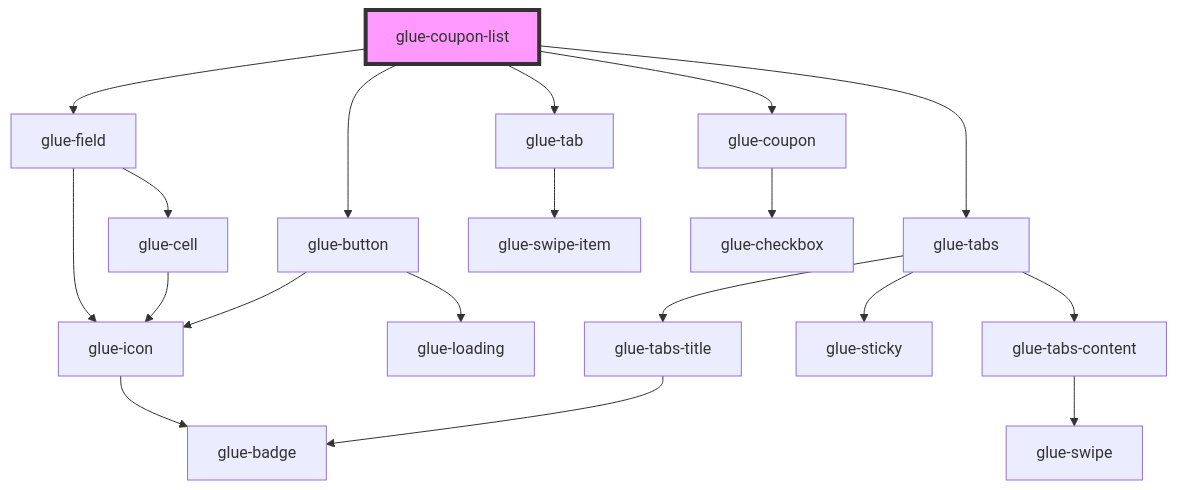
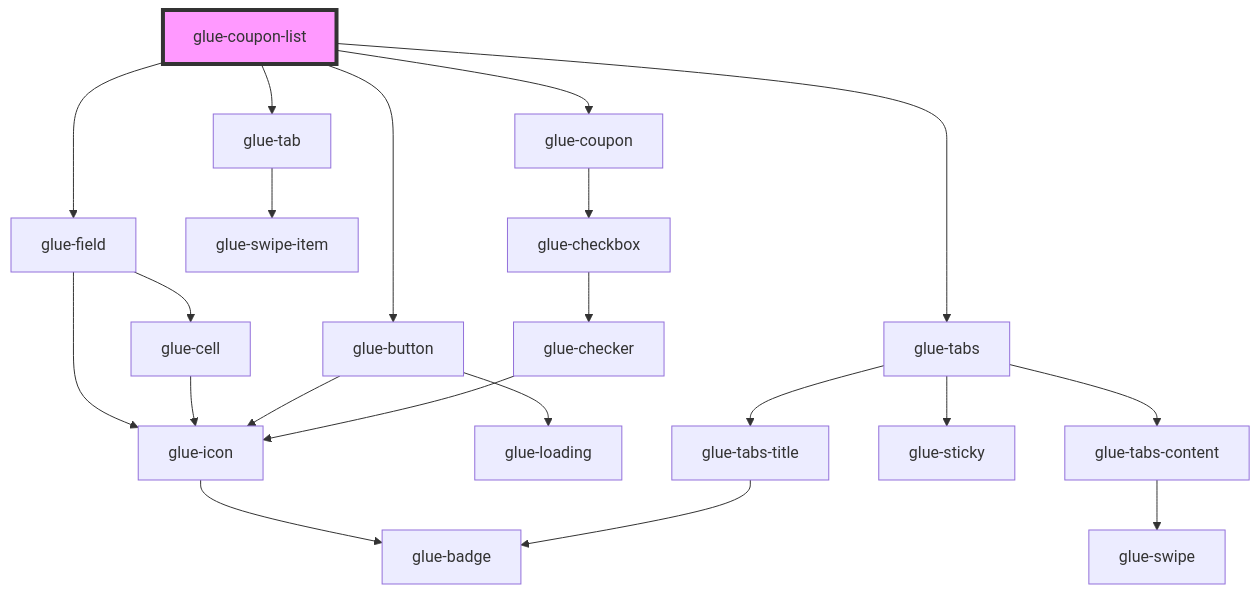
Before and after one commit to grasilife/glue: the diagram in packages/glue-components/src/components/glue-coupon-list/readme.md, drawn with Mermaid. The commit also changed 9 other files, not shown here.

````diff
--- a/packages/glue-components/src/components/glue-coupon-list/readme.md
+++ b/packages/glue-components/src/components/glue-coupon-list/readme.md
@@ -44,22 +44,24 @@
 ```mermaid
 graph TD;
   glue-coupon-list --> glue-field
   glue-coupon-list --> glue-button
   glue-coupon-list --> glue-tab
   glue-coupon-list --> glue-coupon
   glue-coupon-list --> glue-tabs
   glue-field --> glue-icon
   glue-field --> glue-cell
   glue-icon --> glue-badge
   glue-cell --> glue-icon
   glue-button --> glue-loading
   glue-button --> glue-icon
   glue-tab --> glue-swipe-item
   glue-coupon --> glue-checkbox
+  glue-checkbox --> glue-checker
+  glue-checker --> glue-icon
   glue-tabs --> glue-tabs-title
   glue-tabs --> glue-sticky
   glue-tabs --> glue-tabs-content
   glue-tabs-title --> glue-badge
   glue-tabs-content --> glue-swipe
   style glue-coupon-list fill:#f9f,stroke:#333,stroke-width:4px
 ```
````
